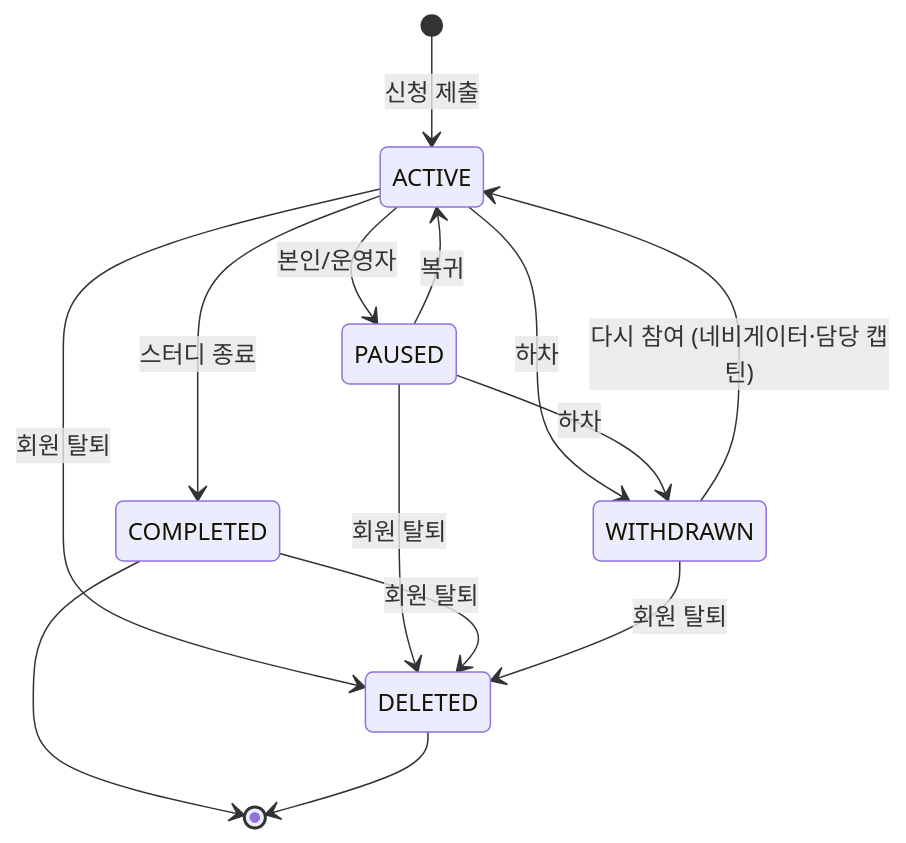
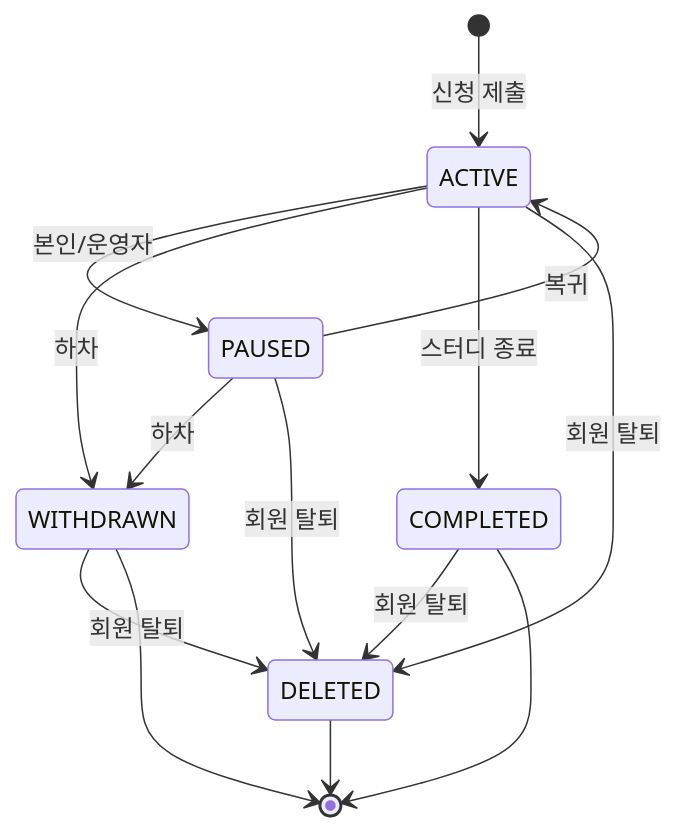
One commit to StudyClub-PlusPlus/studyclub-engineering changed the diagram in docs/erd/STUDY_PARTICIPANT.md. Above: the diagram before and after it, drawn with Mermaid. The commit also changed other lines of this file and 9 other files, not shown here.

````diff
--- a/docs/erd/STUDY_PARTICIPANT.md
+++ b/docs/erd/STUDY_PARTICIPANT.md
@@ -33,16 +33,16 @@
 ```mermaid
 stateDiagram-v2
   [*] --> ACTIVE : 신청 제출
   ACTIVE --> PAUSED : 본인/운영자
   PAUSED --> ACTIVE : 복귀
   ACTIVE --> WITHDRAWN : 하차
   PAUSED --> WITHDRAWN : 하차
-  WITHDRAWN --> ACTIVE : 다시 참여 (네비게이터·담당 캡틴)
   ACTIVE --> COMPLETED : 스터디 종료
   ACTIVE --> DELETED : 회원 탈퇴
   PAUSED --> DELETED : 회원 탈퇴
   COMPLETED --> DELETED : 회원 탈퇴
   WITHDRAWN --> DELETED : 회원 탈퇴
+  WITHDRAWN --> [*]
   COMPLETED --> [*]
   DELETED --> [*]
 ```
````
